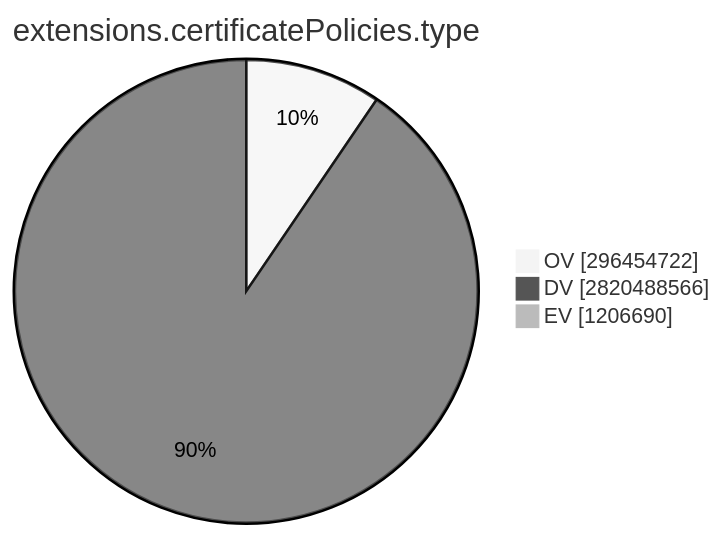
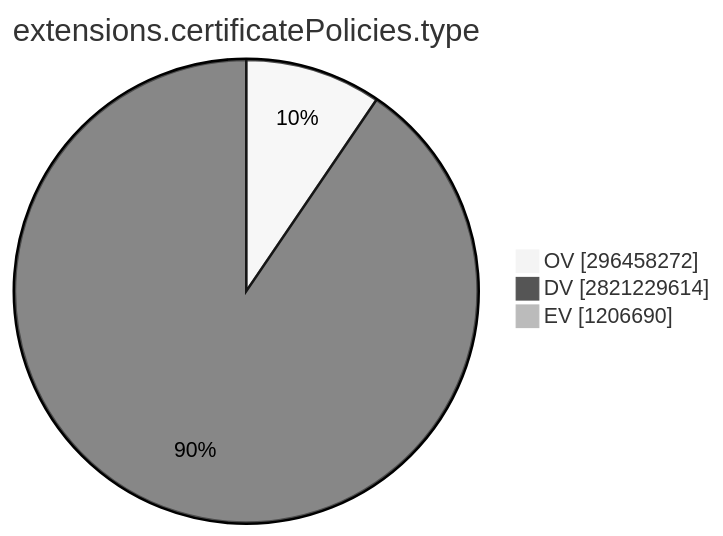
The ninth of 15 diagrams in TOTAL/README.md (christiankrug/ctmonitor_visualization), drawn with Mermaid (neutral theme) before and after one commit. The commit also changed other lines of this file, not shown here.

````diff
--- a/TOTAL/README.md
+++ b/TOTAL/README.md
@@ -3099,7 +3099,7 @@
 ```mermaid
 pie showData
 title extensions.certificatePolicies.type
-"OV" :296454722
-"DV" :2820488566
+"OV" :296458272
+"DV" :2821229614
 "EV" :1206690
 ```
````
